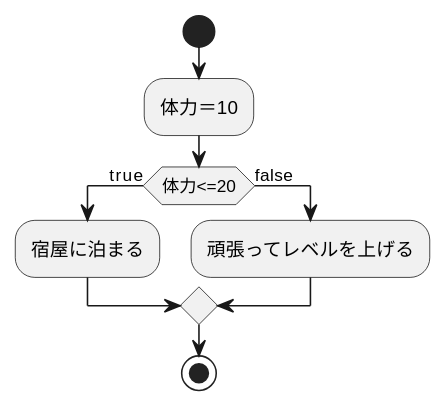
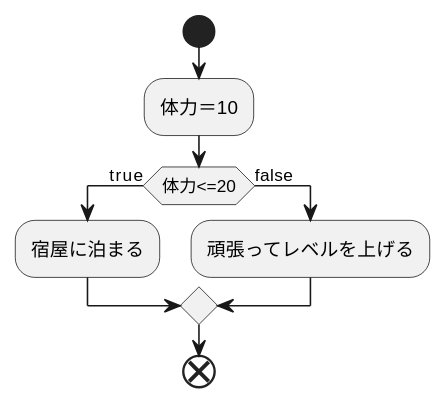
Before and after one commit to Aso2001374/2021sys-design: the diagram in 0420kadai1.md, drawn with PlantUML.

````diff
--- a/0420kadai1.md
+++ b/0420kadai1.md
@@ -1,12 +1,12 @@
 ```uml
 @startuml
 start
 :体力＝10;
 if(体力<=20)then(true)
       :宿屋に泊まる;
 else(false)
       :頑張ってレベルを上げる;
 endif
-stop
+end
 @enduml
 ```
````
